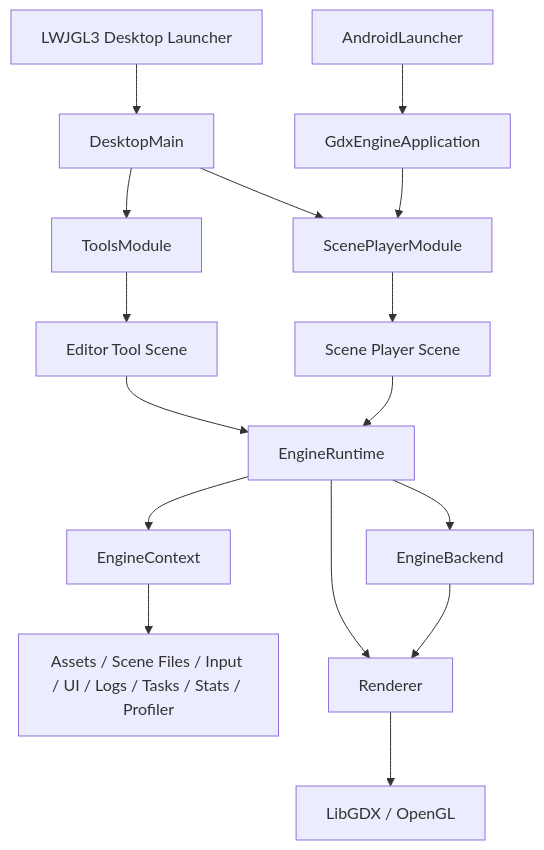
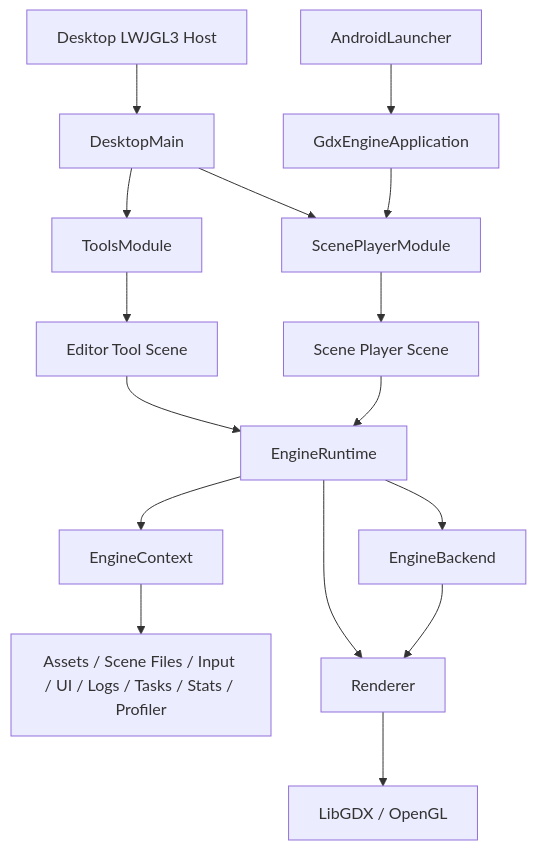
Before and after one commit to Dmytro-Pashko/KRender: the second of 2 diagrams in README.md, drawn with Mermaid. The commit also changed other lines of this file and 35 other files, not shown here.

Commit message:
Renamed the desktop launcher module from lwjgl3 to desktop-lwjgl3

````diff
--- a/README.md
+++ b/README.md
@@ -119,22 +119,22 @@
 ```mermaid
 flowchart TD
-    Desktop["LWJGL3 Desktop Launcher"] --> DesktopMain["DesktopMain"]
+    Desktop["Desktop LWJGL3 Host"] --> DesktopMain["DesktopMain"]
     DesktopMain --> ToolsModule["ToolsModule"]
     DesktopMain --> ScenePlayerModule["ScenePlayerModule"]
 
     AndroidLauncher["AndroidLauncher"] --> GdxApp["GdxEngineApplication"]
     GdxApp --> ScenePlayerModule
     ScenePlayerModule --> PlayerScene["Scene Player Scene"]
 
     ToolsModule --> ToolScene["Editor Tool Scene"]
 
     ToolScene --> Runtime["EngineRuntime"]
     PlayerScene --> Runtime
 
     Runtime --> Context["EngineContext"]
     Runtime --> Backend["EngineBackend"]
     Context --> Services["Assets / Scene Files / Input / UI / Logs / Tasks / Stats / Profiler"]
     Runtime --> Renderer["Renderer"]
     Backend --> Renderer
     Renderer --> Gdx["LibGDX / OpenGL"]
 ```
````
